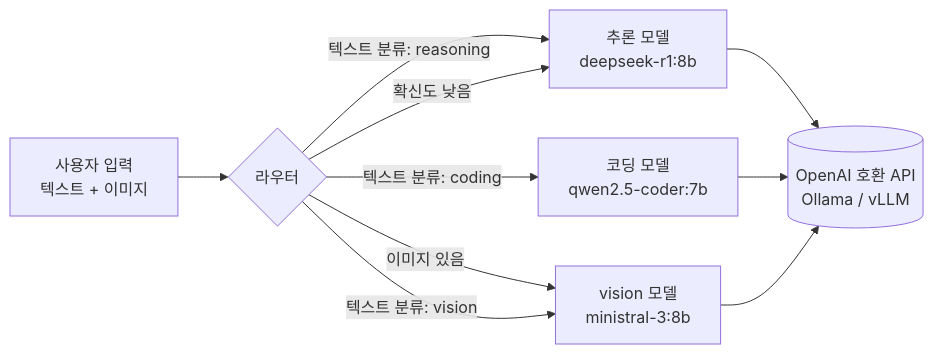
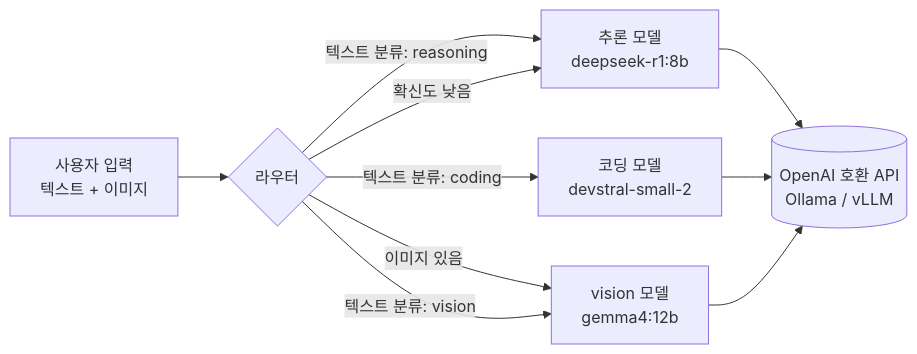
The diagram in docs/architecture.md (dpcivl/ai-routing-trial), drawn with Mermaid before and after one commit. The commit also changed 3 other files, not shown here.

First line of the commit message:
chore: switch models to deepseek-r1:8b, devstral-small-2, gemma4:12b

````diff
--- a/docs/architecture.md
+++ b/docs/architecture.md
@@ -5,12 +5,12 @@
 ```mermaid
 flowchart LR
     U[사용자 입력<br/>텍스트 + 이미지] --> R{라우터}
-    R -->|이미지 있음| V[vision 모델<br/>ministral-3:8b]
+    R -->|이미지 있음| V[vision 모델<br/>gemma4:12b]
     R -->|텍스트 분류: reasoning| RS[추론 모델<br/>deepseek-r1:8b]
-    R -->|텍스트 분류: coding| C[코딩 모델<br/>qwen2.5-coder:7b]
+    R -->|텍스트 분류: coding| C[코딩 모델<br/>devstral-small-2]
     R -->|텍스트 분류: vision| V
     R -->|확신도 낮음| RS
     RS --> B[(OpenAI 호환 API<br/>Ollama / vLLM)]
     C --> B
     V --> B
 ```
````
